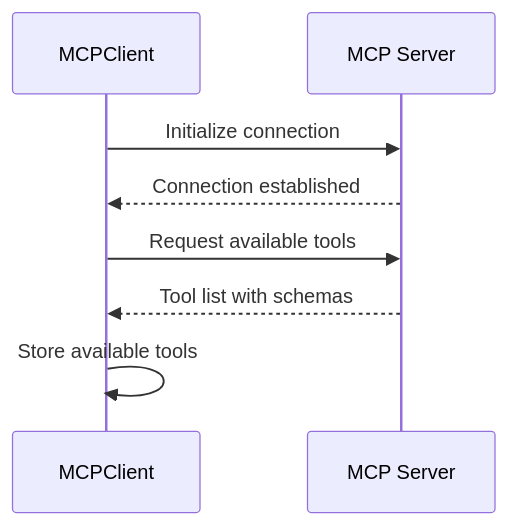
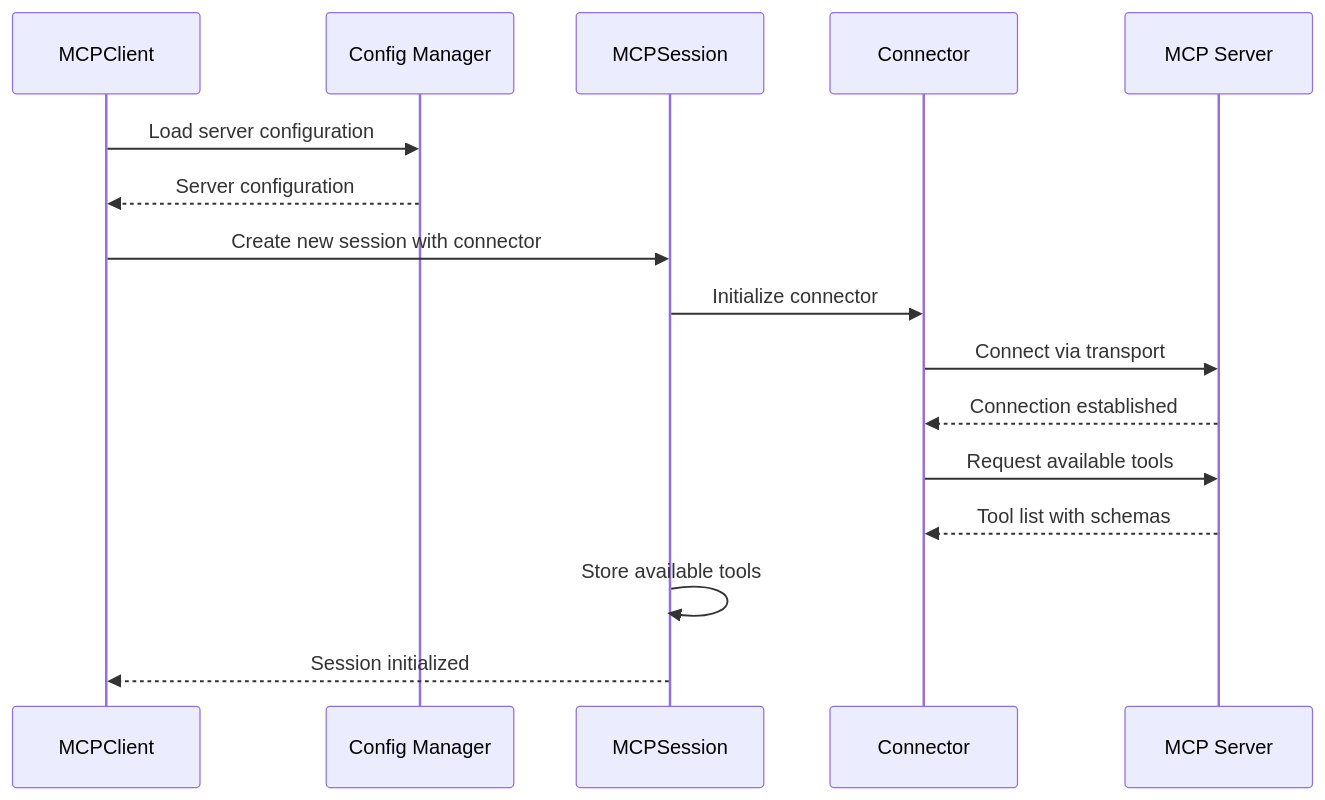
The third of 4 diagrams in README.md (CLoaKY233/mcca), drawn with Mermaid before and after one commit. The commit also changed other lines of this file and 2 other files, not shown here.

Commit message:
Update gitignore and README with improved architecture docs

````diff
--- a/README.md
+++ b/README.md
@@ -238,11 +190,19 @@
 ```mermaid
 sequenceDiagram
     participant Client as MCPClient
+    participant Config as Config Manager
+    participant Session as MCPSession
+    participant Connector as Connector
     participant Server as MCP Server
 
-    Client->>Server: Initialize connection
-    Server-->>Client: Connection established
-    Client->>Server: Request available tools
-    Server-->>Client: Tool list with schemas
-    Client->>Client: Store available tools
+    Client->>Config: Load server configuration
+    Config-->>Client: Server configuration
+    Client->>Session: Create new session with connector
+    Session->>Connector: Initialize connector
+    Connector->>Server: Connect via transport
+    Server-->>Connector: Connection established
+    Connector->>Server: Request available tools
+    Server-->>Connector: Tool list with schemas
+    Session->>Session: Store available tools
+    Session-->>Client: Session initialized
 ```
````
